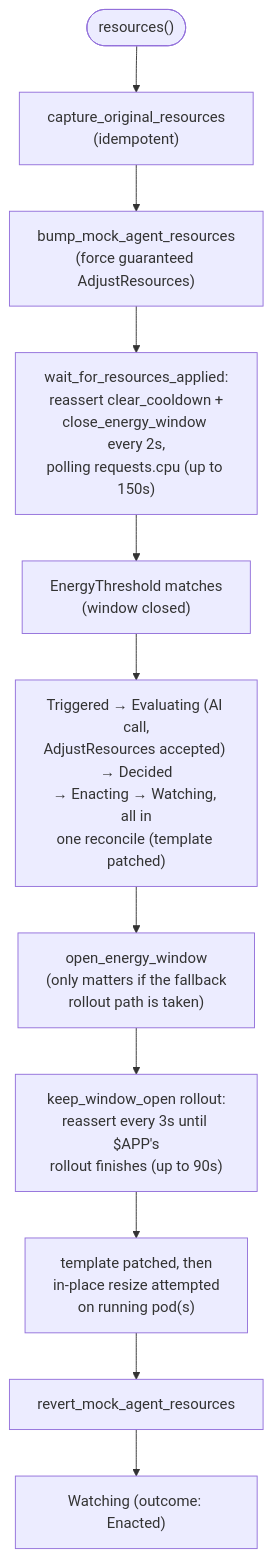
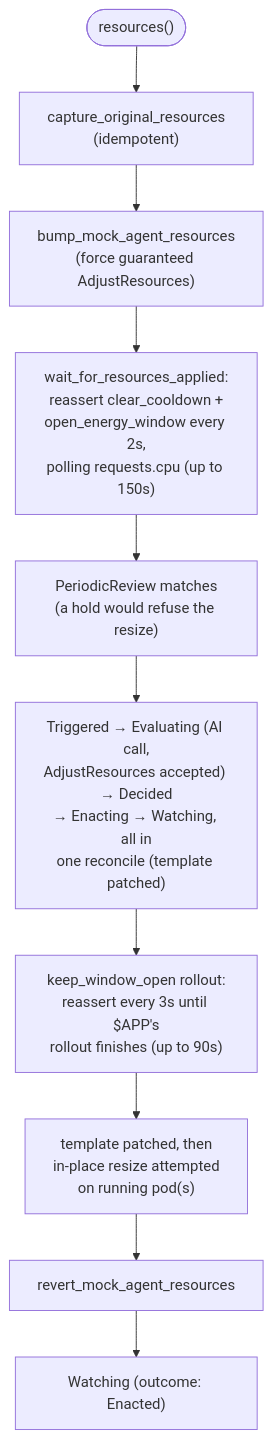
One commit to HIRO-MicroDataCenters-BV/hiro-adaptive-orchestrator changed diagram 33 of 35 in internal/rebalance/README.md. Above: the diagram before and after it, drawn with Mermaid. The commit also changed other lines of this file and 33 other files, not shown here.

Commit message:
Refuse Move and AdjustResources during an energy hold, retry only pods the gate held, make the retry age configurable, and flag undeclared autoscalers

````diff
--- a/internal/rebalance/README.md
+++ b/internal/rebalance/README.md
@@ -1384,13 +1409,12 @@
 ```mermaid
 flowchart TD
     Start(["resources()"]) --> Capture["capture_original_resources<br/>(idempotent)"]
     Capture --> Bump["bump_mock_agent_resources<br/>(force guaranteed AdjustResources)"]
-    Bump --> CloseLoop["wait_for_resources_applied:<br/>reassert clear_cooldown +<br/>close_energy_window every 2s,<br/>polling requests.cpu (up to 150s)"]
-    CloseLoop --> Trigger["EnergyThreshold matches<br/>(window closed)"]
+    Bump --> OpenLoop["wait_for_resources_applied:<br/>reassert clear_cooldown +<br/>open_energy_window every 2s,<br/>polling requests.cpu (up to 150s)"]
+    OpenLoop --> Trigger["PeriodicReview matches<br/>(a hold would refuse the resize)"]
     Trigger --> Cycle1["Triggered → Evaluating (AI call,<br/>AdjustResources accepted) → Decided<br/>→ Enacting → Watching, all in<br/>one reconcile (template patched)"]
-    Cycle1 --> Open["open_energy_window<br/>(only matters if the fallback<br/>rollout path is taken)"]
-    Open --> KeepOpen["keep_window_open rollout:<br/>reassert every 3s until $APP's<br/>rollout finishes (up to 90s)"]
+    Cycle1 --> KeepOpen["keep_window_open rollout:<br/>reassert every 3s until $APP's<br/>rollout finishes (up to 90s)"]
     KeepOpen --> Resize["template patched, then<br/>in-place resize attempted<br/>on running pod(s)"]
     Resize --> Revert["revert_mock_agent_resources"]
     Revert --> Cycle2["Watching (outcome: Enacted)"]
 ```
````
